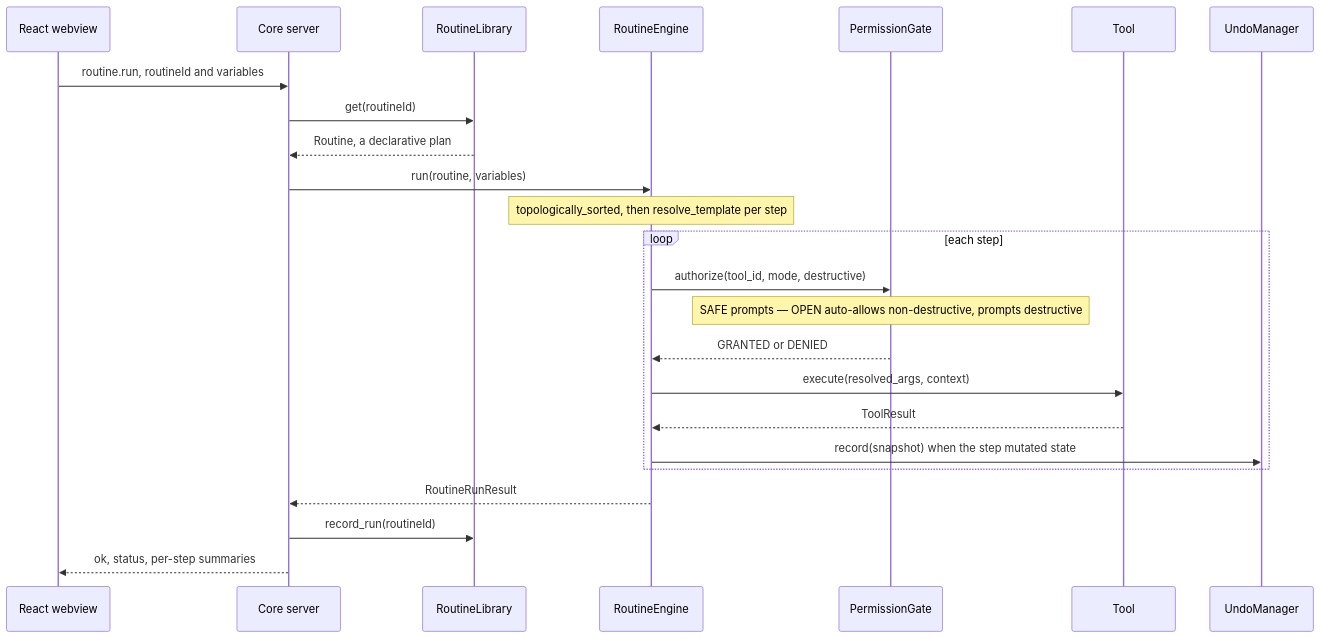
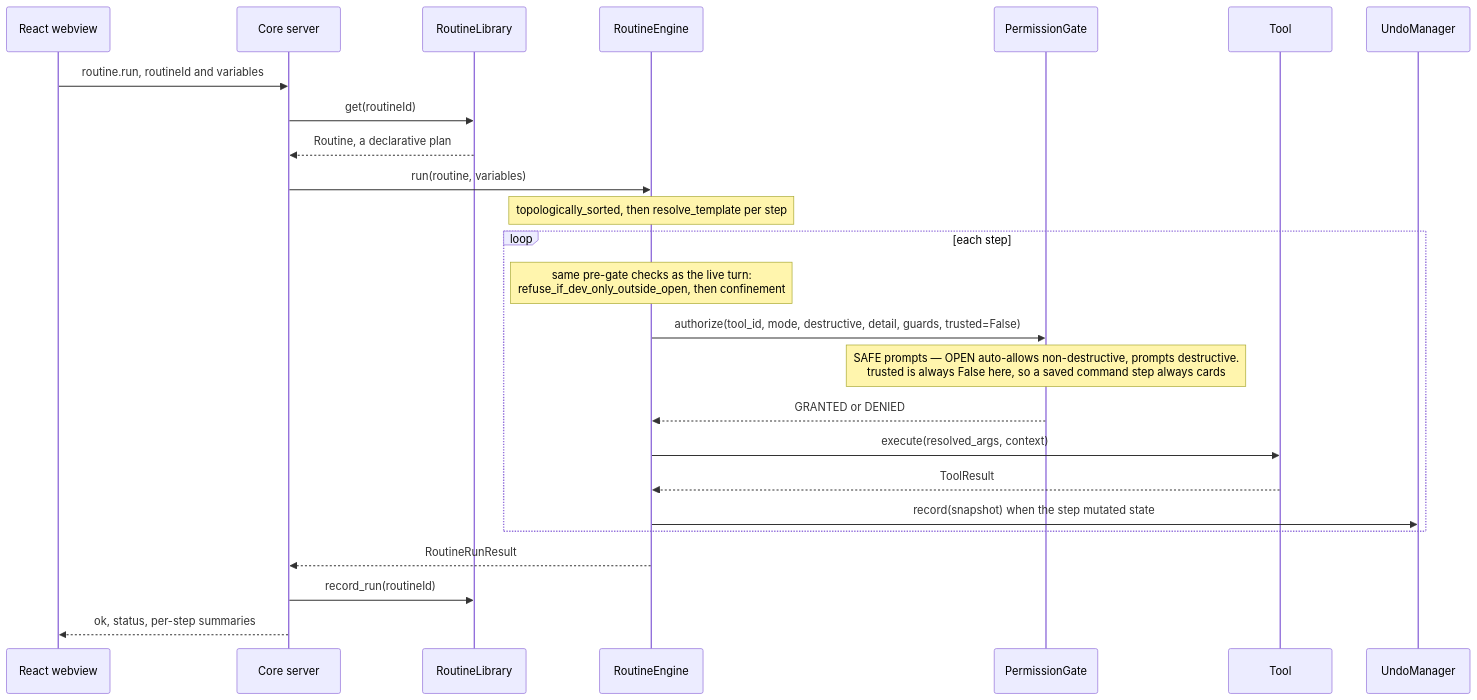
Before and after one commit to N041M/Addison: the fifth of 15 diagrams in docs/flows.md, drawn with Mermaid. The commit also changed other lines of this file and 17 other files, not shown here.

````diff
--- a/docs/flows.md
+++ b/docs/flows.md
@@ -176,27 +194,28 @@
 ```mermaid
 sequenceDiagram
     participant WV as React webview
     participant SRV as Core server
     participant RL as RoutineLibrary
     participant RE as RoutineEngine
     participant PG as PermissionGate
     participant TL as Tool
     participant UM as UndoManager
 
     WV->>SRV: routine.run, routineId and variables
     SRV->>RL: get(routineId)
     RL-->>SRV: Routine, a declarative plan
     SRV->>RE: run(routine, variables)
     Note over RE: topologically_sorted, then resolve_template per step
     loop each step
-        RE->>PG: authorize(tool_id, mode, destructive)
-        Note over PG: SAFE prompts — OPEN auto-allows non-destructive, prompts destructive
+        Note over RE: same pre-gate checks as the live turn:<br/>refuse_if_dev_only_outside_open, then confinement
+        RE->>PG: authorize(tool_id, mode, destructive, detail, guards, trusted=False)
+        Note over PG: SAFE prompts — OPEN auto-allows non-destructive, prompts destructive.<br/>trusted is always False here, so a saved command step always cards
         PG-->>RE: GRANTED or DENIED
         RE->>TL: execute(resolved_args, context)
         TL-->>RE: ToolResult
         RE->>UM: record(snapshot) when the step mutated state
     end
     RE-->>SRV: RoutineRunResult
     SRV->>RL: record_run(routineId)
     SRV-->>WV: ok, status, per-step summaries
 ```
````
